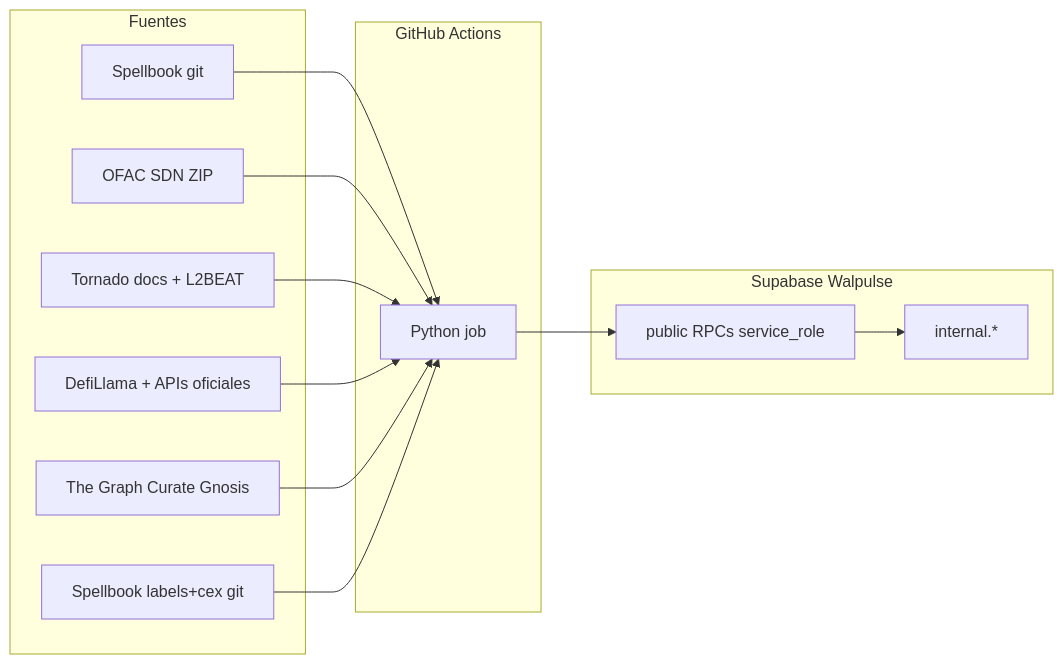
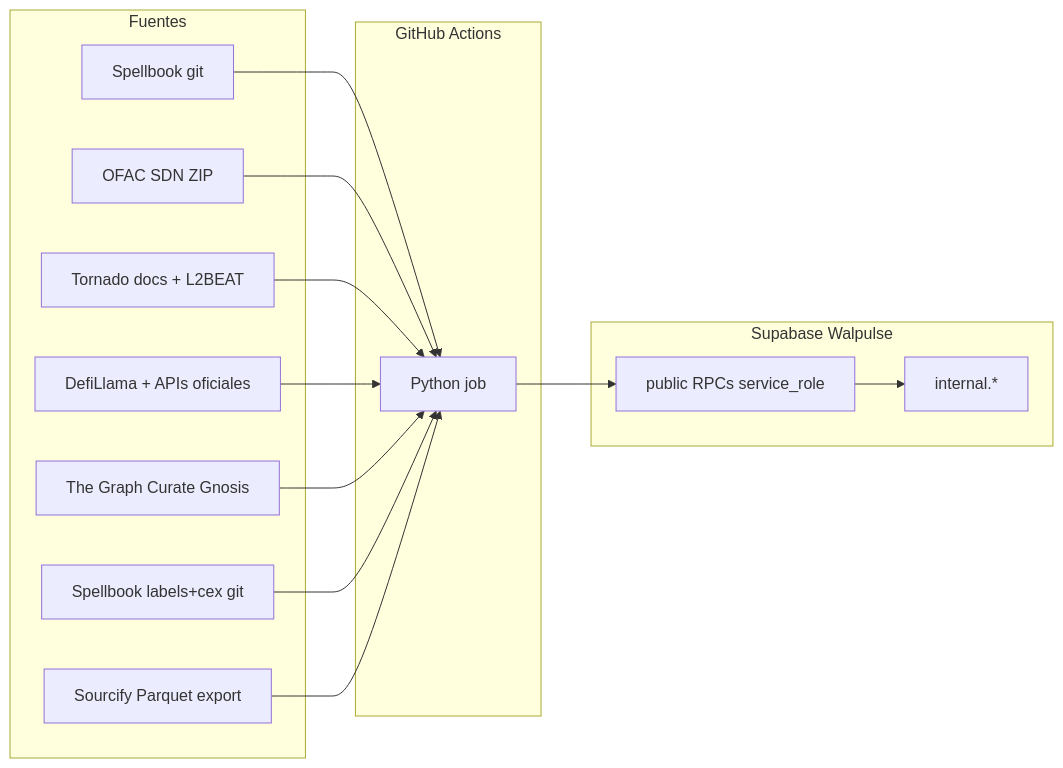
Before and after one commit to walpulse/workers: the diagram in docs/ARCHITECTURE.md, drawn with Mermaid. The commit also changed other lines of this file and 11 other files, not shown here.

First line of the commit message:
Add sourcify_verified worker for incremental Parquet export sync.

````diff
--- a/docs/ARCHITECTURE.md
+++ b/docs/ARCHITECTURE.md
@@ -7,25 +7,27 @@
 ```mermaid
 flowchart LR
   subgraph sources [Fuentes]
     SB[Spellbook git]
     OFAC[OFAC SDN ZIP]
     MIX[Tornado docs + L2BEAT]
     BR[DefiLlama + APIs oficiales]
     KS[The Graph Curate Gnosis]
     SL[Spellbook labels+cex git]
+    SF[Sourcify Parquet export]
   end
   subgraph gha [GitHub Actions]
     W[Python job]
   end
   subgraph supa [Supabase Walpulse]
     RPC[public RPCs service_role]
     INT[internal.*]
   end
   SB --> W
   OFAC --> W
   MIX --> W
   BR --> W
   KS --> W
   SL --> W
+  SF --> W
   W --> RPC --> INT
 ```
````
